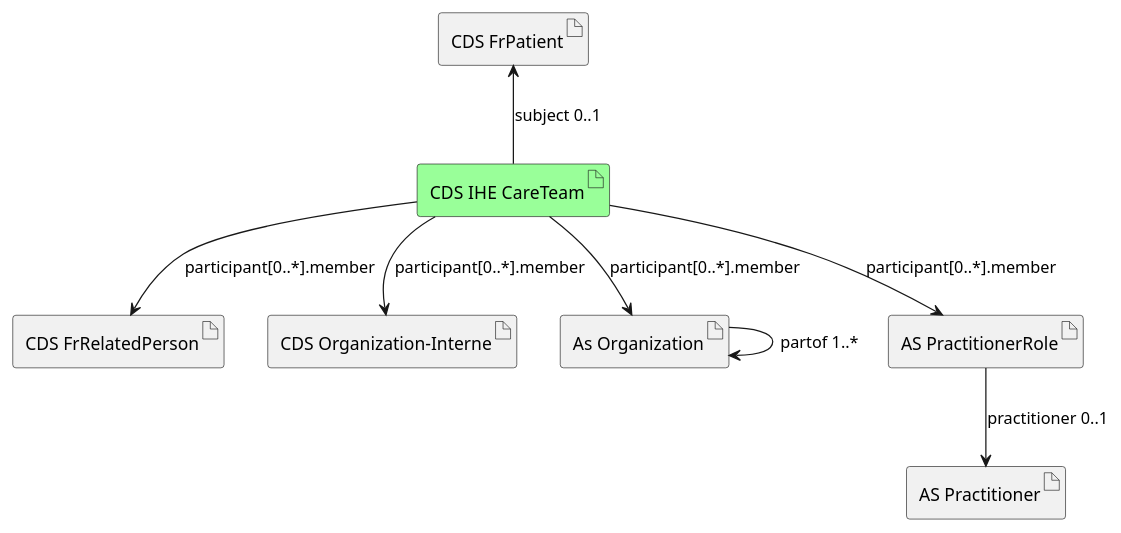
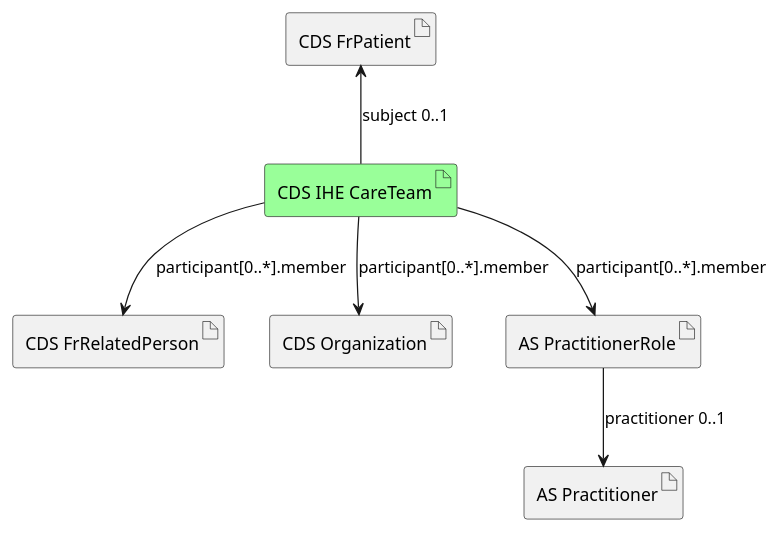
Before and after one commit to ansforge/IG-fhir-cercle-de-soins: the diagram in input/images-source/document-overview.plantuml, drawn with PlantUML. The commit also changed 10 other files, not shown here.

```diff
--- a/input/images-source/document-overview.plantuml
+++ b/input/images-source/document-overview.plantuml
@@ -1,45 +1,43 @@
 @startuml document-overview
 
 artifact "CDS FrPatient" as patient
 artifact "CDS IHE CareTeam" as careteam #99FF99
 
 artifact "CDS FrRelatedPerson" as cdsfrrelatedperson
-artifact "CDS Organization-Interne" as cdsorganization
-artifact "As Organization" as asorganization
+artifact "CDS Organization" as cdsorganization
 artifact "AS Practitioner" as aspractitioner
 artifact "AS PractitionerRole" as aspractitionerrole
 
 url of patient is [[StructureDefinition-cds-fr-patient.html]]
 url of cdsfrrelatedperson is [[StructureDefinition-cds-fr-related-person.html]]
 url of careteam is [[StructureDefinition-cds-ihe-careteam.html]]
-url of cdsorganization is [[StructureDefinition-cds-organization-interne.html]]
+url of cdsorganization is [[StructureDefinition-cds-organization.html]]
 
 ' ###########
 ' # Patient #
 ' ###########
 patient <-- careteam : subject 0..1
 
 
 ' ############
 ' # careteam #
 ' ############
 careteam --> cdsfrrelatedperson : participant[0..*].member
 careteam --> cdsorganization : participant[0..*].member
-careteam --> asorganization : participant[0..*].member
 careteam --> aspractitionerrole : participant[0..*].member
 
 ' ##################
 ' # frorganization #
 ' ##################
-asorganization --> asorganization : partof 1..*
+' asorganization --> asorganization : partof 1..*
 
 
 ' Dans le schéma initial, il y a d'autres relations qui n'ont pas été tracées : Lien entre orgaint et FrOrganization, Lien entre practitionerrole et organization.
 
 
 ' ####################
 ' # practitionerrole #
 ' ####################
 aspractitionerrole -->  aspractitioner : practitioner 0..1
 
 @enduml
```
